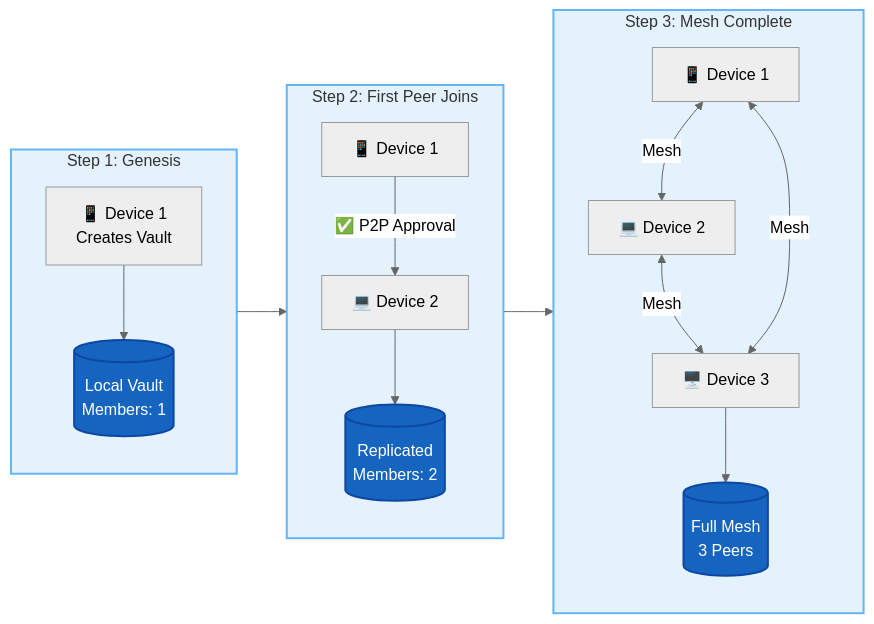
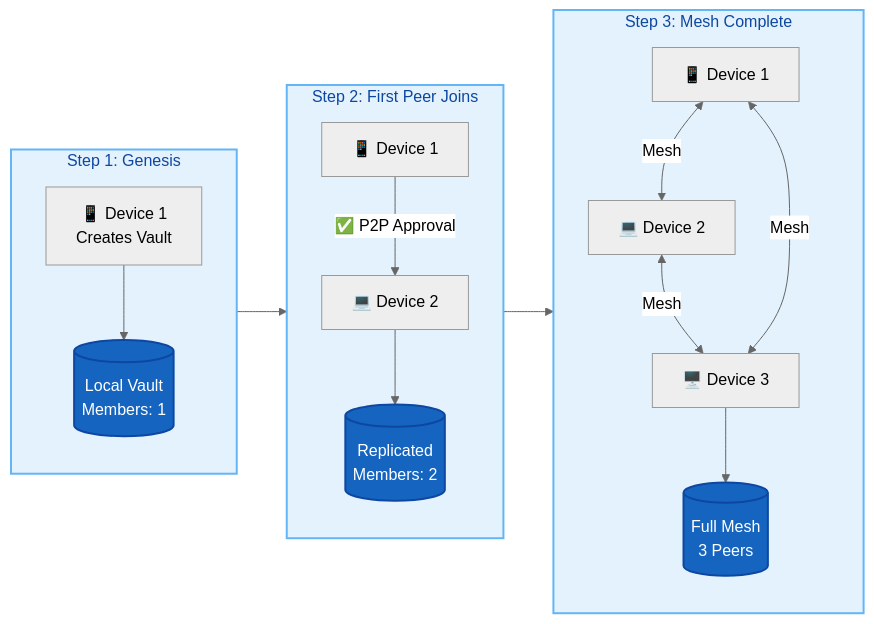
One commit to meta-secret/meta-secret-core changed the third of 15 diagrams in docs/meta-secret-technical-presentation.md. Above: the diagram before and after it, drawn with Mermaid (neutral theme). The commit also changed other lines of this file, not shown here.

````diff
--- a/docs/meta-secret-technical-presentation.md
+++ b/docs/meta-secret-technical-presentation.md
@@ -397,34 +403,34 @@
 ```mermaid
 flowchart LR
     subgraph T1["Step 1: Genesis"]
         D1A[📱 Device 1<br/>Creates Vault]
         V1A[(Local Vault<br/>Members: 1)]
         D1A --> V1A
     end
     
     subgraph T2["Step 2: First Peer Joins"]
         D1B[📱 Device 1] -->|"✅ P2P Approval"| D2B[💻 Device 2]
         V2B[(Replicated<br/>Members: 2)]
         D2B --> V2B
     end
     
     subgraph T3["Step 3: Mesh Complete"]
         D1C[📱 Device 1]
         D2C[💻 Device 2]
         D3C[🖥️ Device 3]
         D1C <-->|"Mesh"| D2C
         D2C <-->|"Mesh"| D3C
         D1C <-->|"Mesh"| D3C
         V3C[(Full Mesh<br/>3 Peers)]
         D3C --> V3C
     end
     
     T1 --> T2 --> T3
     
     style V1A fill:#1565c0,color:#fff,stroke:#0d47a1,stroke-width:2px
     style V2B fill:#1565c0,color:#fff,stroke:#0d47a1,stroke-width:2px
     style V3C fill:#1565c0,color:#fff,stroke:#0d47a1,stroke-width:2px
-    style T1 fill:#e3f2fd,stroke:#64b5f6,stroke-width:2px
-    style T2 fill:#e3f2fd,stroke:#64b5f6,stroke-width:2px
-    style T3 fill:#e3f2fd,stroke:#64b5f6,stroke-width:2px
+    style T1 fill:#e3f2fd,color:#0d47a1,stroke:#64b5f6,stroke-width:2px
+    style T2 fill:#e3f2fd,color:#0d47a1,stroke:#64b5f6,stroke-width:2px
+    style T3 fill:#e3f2fd,color:#0d47a1,stroke:#64b5f6,stroke-width:2px
 ```
````
